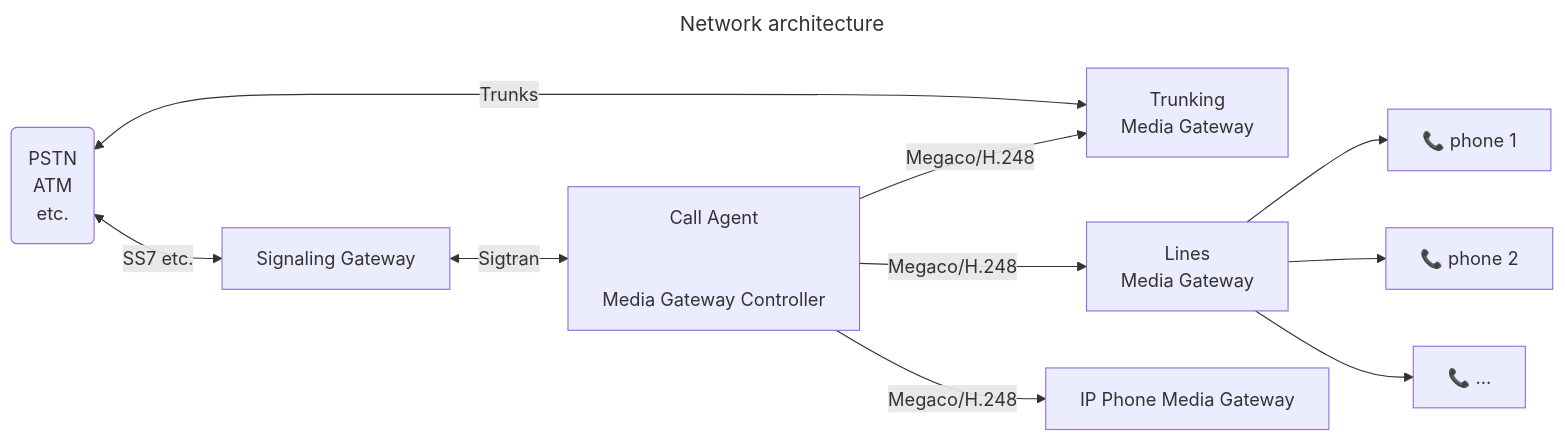
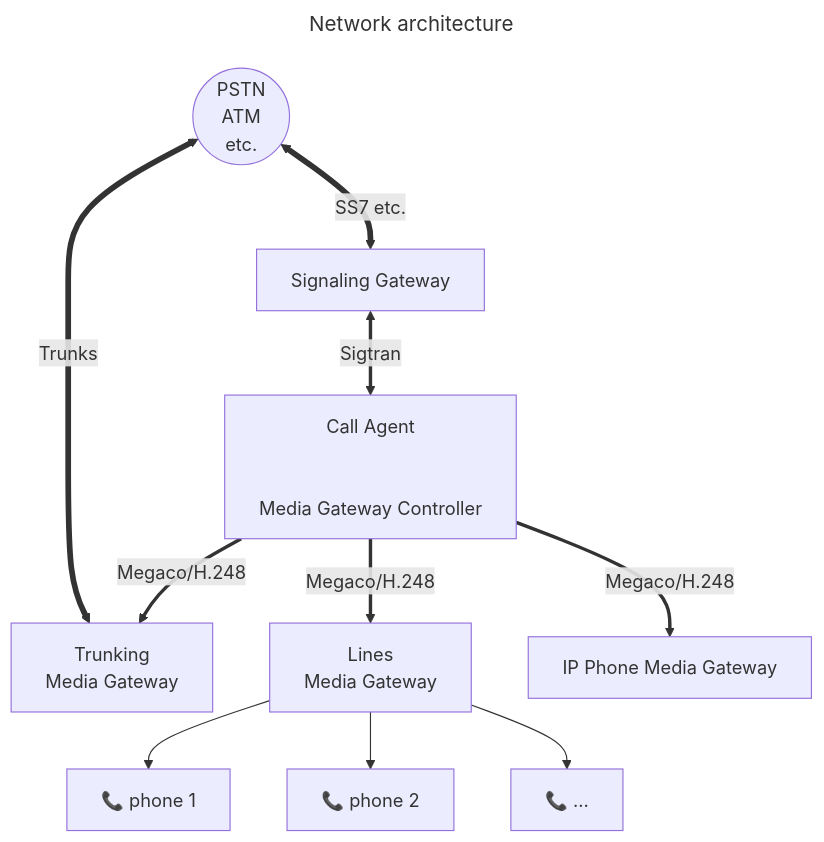
One commit to erlang/otp changed the first of 5 diagrams in lib/megaco/doc/guides/megaco_architecture.md. Above: the diagram before and after it, drawn with Mermaid. The commit also changed 8 other files, not shown here.

````diff
--- a/lib/megaco/doc/guides/megaco_architecture.md
+++ b/lib/megaco/doc/guides/megaco_architecture.md
@@ -40,16 +40,41 @@
 ```mermaid
 ---
 title: Network architecture
 ---
 
-flowchart LR
-  telco_network("PSTN<br />ATM<br />etc.") <--SS7 etc.--> signal_gw[Signaling Gateway]
+flowchart TB
+  %% Pad text (first/longest line) in node, with non-breaking spaces.
+  %% This is done to force the node circle to be big enough, to fit it's text inside the circle.
+  telco_network(("&nbsp;&nbsp;&nbsp;PSTN&nbsp;&nbsp;&nbsp;<br />ATM<br />etc.")) <--SS7 etc.--> signal_gw[Signaling Gateway]
+
+  %% Alt: box with rounded left & right corners, the narrow text makes the node eliptic,
+  %% slightly taller than wide
+  %% telco_network(["PSTN<br />ATM<br />etc."]) <--SS7 etc.--> signal_gw[Signaling Gateway]
+
+
   signal_gw <--Sigtran--> mgc[Call Agent<br /><br /><br />Media Gateway Controller]
   telco_network <--Trunks--> trunk_gw[Trunking<br />Media Gateway]
   mgc --Megaco/H.248--> trunk_gw
   mgc --Megaco/H.248--> lines_gw[Lines<br />Media Gateway]
   lines_gw --> phone1[📞 phone 1]
   lines_gw --> phone2[📞 phone 2]
   lines_gw --> phone3[📞 ...]
   mgc --Megaco/H.248--> ip_phone_gw[IP Phone Media Gateway]
+
+  %% Note: edges are numbered by the order they are introduced
+  %% SS7
+  linkStyle 0 stroke-width:5px;
+  %% Sigtran
+  linkStyle 1 stroke-width:3px;
+  %% Trunks
+  linkStyle 2 stroke-width:5px;
+  %% Megaco
+  linkStyle 3 stroke-width:3px;
+  linkStyle 4 stroke-width:3px;
+  %% phone
+  linkStyle 5 stroke-width:1px;
+  linkStyle 6 stroke-width:1px;
+  linkStyle 7 stroke-width:1px;
+  %% Megaco
+  linkStyle 8 stroke-width:3px;
 ```
````
